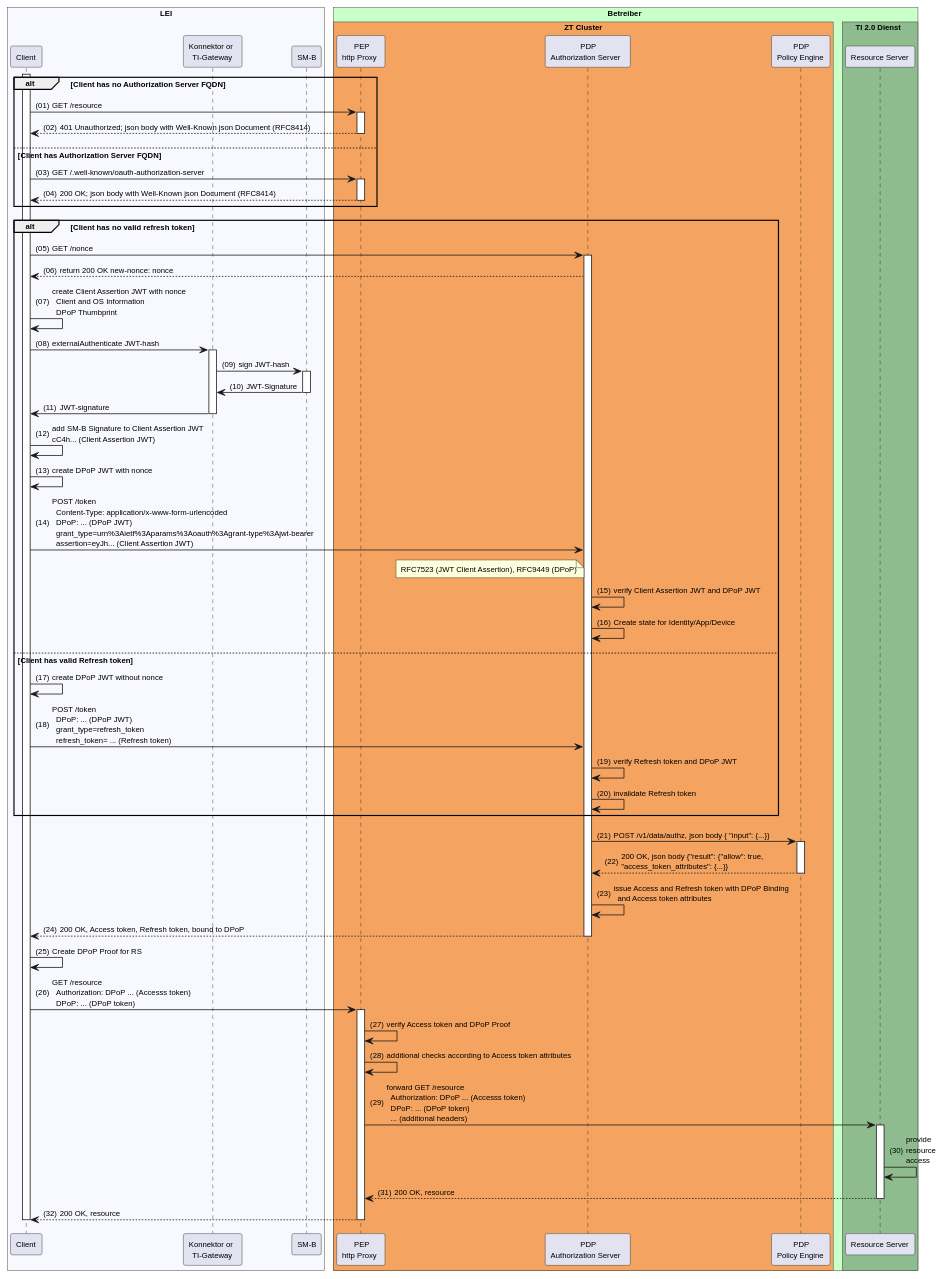
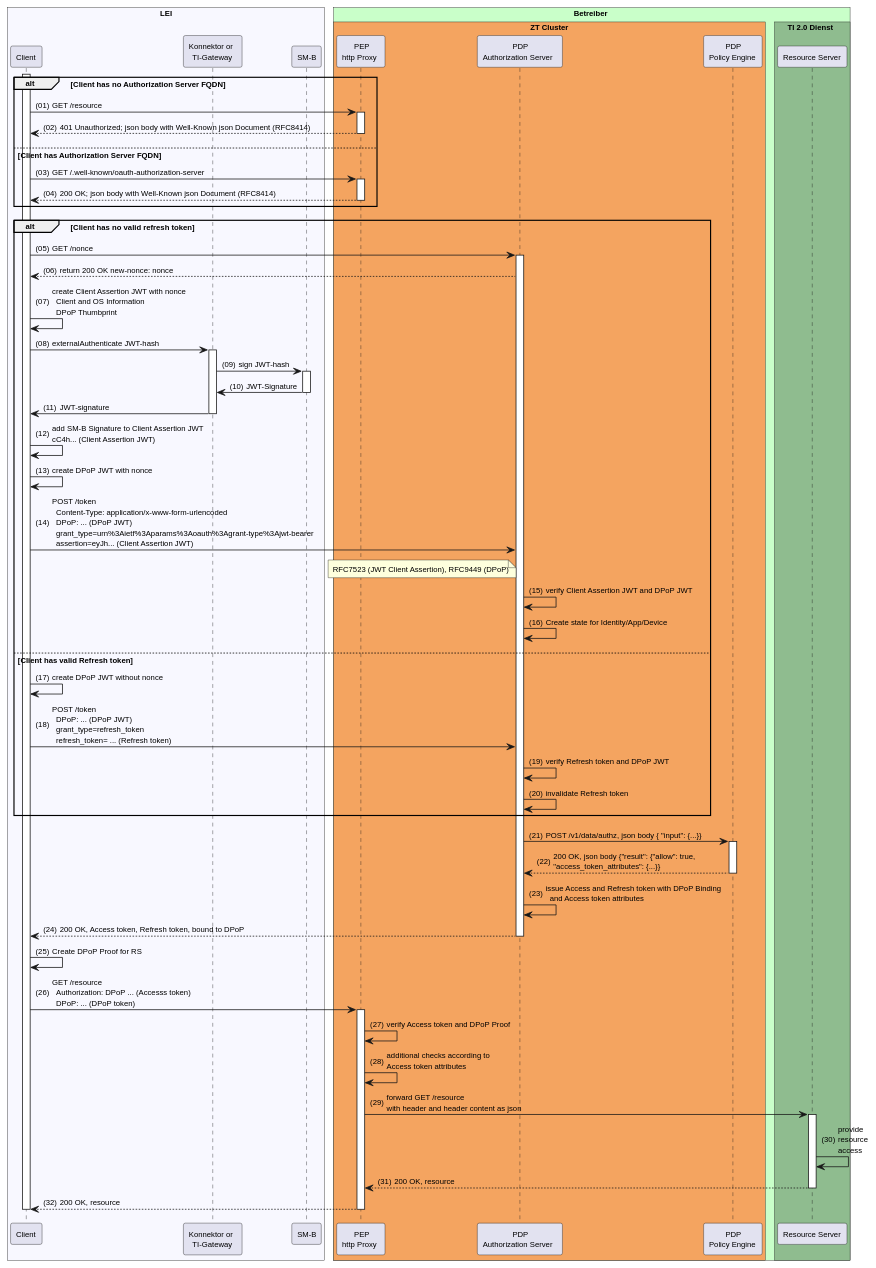
The diagram in src/plantuml/sm-b-auth.puml (gematik/spec-t20r), drawn with PlantUML before and after one commit.

```diff
--- a/src/plantuml/sm-b-auth.puml
+++ b/src/plantuml/sm-b-auth.puml
@@ -1,109 +1,108 @@
 @startuml "SM-B_Auth_with_DPoP"
 autonumber "(00)"
 skinparam defaultFontSize 10
 skinparam defaultFontName Helvetica
 skinparam DefaultMonospacedFontName Courier
 skinparam lengthAdjust none
 
 !pragma teoz true
 
 box "LEI" #GhostWhite
   participant Client
   participant Konnektor as "Konnektor or\nTI-Gateway"
   participant SMB as "SM-B"
 end box
 
 box "Betreiber" #TECHNOLOGY
   box "ZT Cluster" #SandyBrown
     participant HP as "PEP\nhttp Proxy"
     participant AS as "PDP\nAuthorization Server" 
     participant PE as "PDP\nPolicy Engine"
   endbox
    box TI 2.0 Dienst #DarkSeaGreen
     participant RS as "Resource Server"
   endbox
 end box
 
 activate Client
 alt Client has no Authorization Server FQDN
   Client -> HP: GET /resource
   activate HP
   HP --> Client: 401 Unauthorized; json body with Well-Known json Document (RFC8414)
   deactivate HP
 else Client has Authorization Server FQDN
   Client -> HP: GET /.well-known/oauth-authorization-server 
   activate HP
   HP --> Client: 200 OK; json body with Well-Known json Document (RFC8414)
   deactivate HP
 end
 
 
 alt Client has no valid refresh token
 Client -> AS: GET /nonce
 activate AS
 AS --> Client: return 200 OK new-nonce: nonce
 Client -> Client: create Client Assertion JWT with nonce\n  Client and OS Information\n  DPoP Thumbprint
 Client -> Konnektor: externalAuthenticate JWT-hash
 activate Konnektor
 Konnektor -> SMB: sign JWT-hash
 activate SMB
 SMB -> Konnektor: JWT-Signature
 deactivate SMB
 Konnektor -> Client: JWT-signature
 deactivate Konnektor
 
 Client -> Client: add SM-B Signature to Client Assertion JWT\n\
 cC4h... (Client Assertion JWT)
 Client -> Client: create DPoP JWT with nonce
 Client -> AS: POST /token\n\
   Content-Type: application/x-www-form-urlencoded\n\
   DPoP: ... (DPoP JWT)\n\
   grant_type=urn%3Aietf%3Aparams%3Aoauth%3Agrant-type%3Ajwt-bearer\n\
   assertion=eyJh... (Client Assertion JWT)
 note left of AS
   RFC7523 (JWT Client Assertion), RFC9449 (DPoP)
 end note
 AS -> AS: verify Client Assertion JWT and DPoP JWT
 AS -> AS: Create state for Identity/App/Device
 
 else Client has valid Refresh token
 Client -> Client: create DPoP JWT without nonce
 Client -> AS: POST /token\n\
   DPoP: ... (DPoP JWT)\n\
   grant_type=refresh_token\n\
   refresh_token= ... (Refresh token)
 AS -> AS: verify Refresh token and DPoP JWT
 AS -> AS: invalidate Refresh token
 end
 
 AS -> PE: POST /v1/data/authz, json body {  "input": {...}} 
 activate PE
 PE --> AS: 200 OK, json body {"result": {"allow": true,\n\
 "access_token_attributes": {...}}
 deactivate PE
 AS -> AS: issue Access and Refresh token with DPoP Binding\n\
   and Access token attributes
 AS --> Client: 200 OK, Access token, Refresh token, bound to DPoP
 deactivate AS
 
 Client -> Client: Create DPoP Proof for RS
 Client -> HP: GET /resource\n\
   Authorization: DPoP ... (Accesss token)\n\
   DPoP: ... (DPoP token)
 activate HP
 HP -> HP: verify Access token and DPoP Proof
-HP -> HP: additional checks according to Access token attributes
+HP -> HP: additional checks according to\n\
+Access token attributes
 HP -> RS: forward GET /resource\n\
-  Authorization: DPoP ... (Accesss token)\n\
-  DPoP: ... (DPoP token)\n\
-  ... (additional headers)
+with header and header content as json
 activate RS
 RS -> RS: provide\nresource\naccess
 RS --> HP: 200 OK, resource
 deactivate RS
 HP --> Client: 200 OK, resource
 deactivate HP
 deactivate RS
 deactivate Client
 
 @enduml
```
